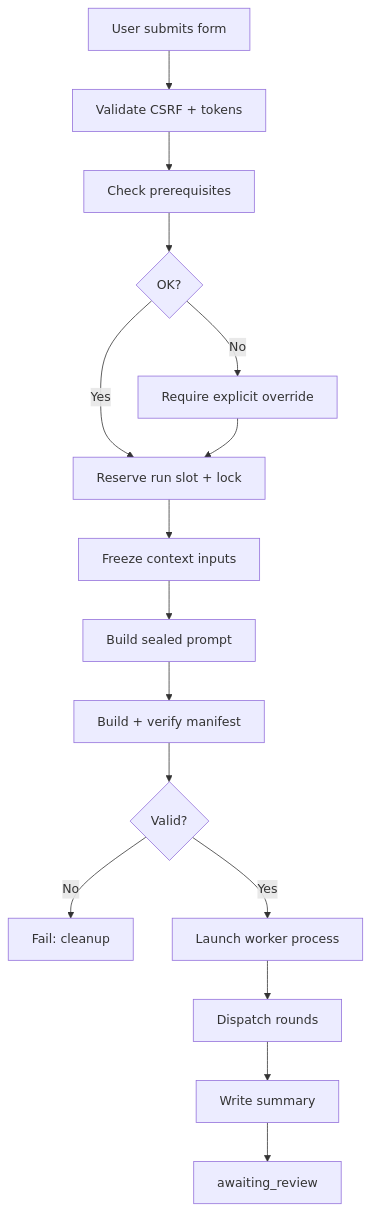
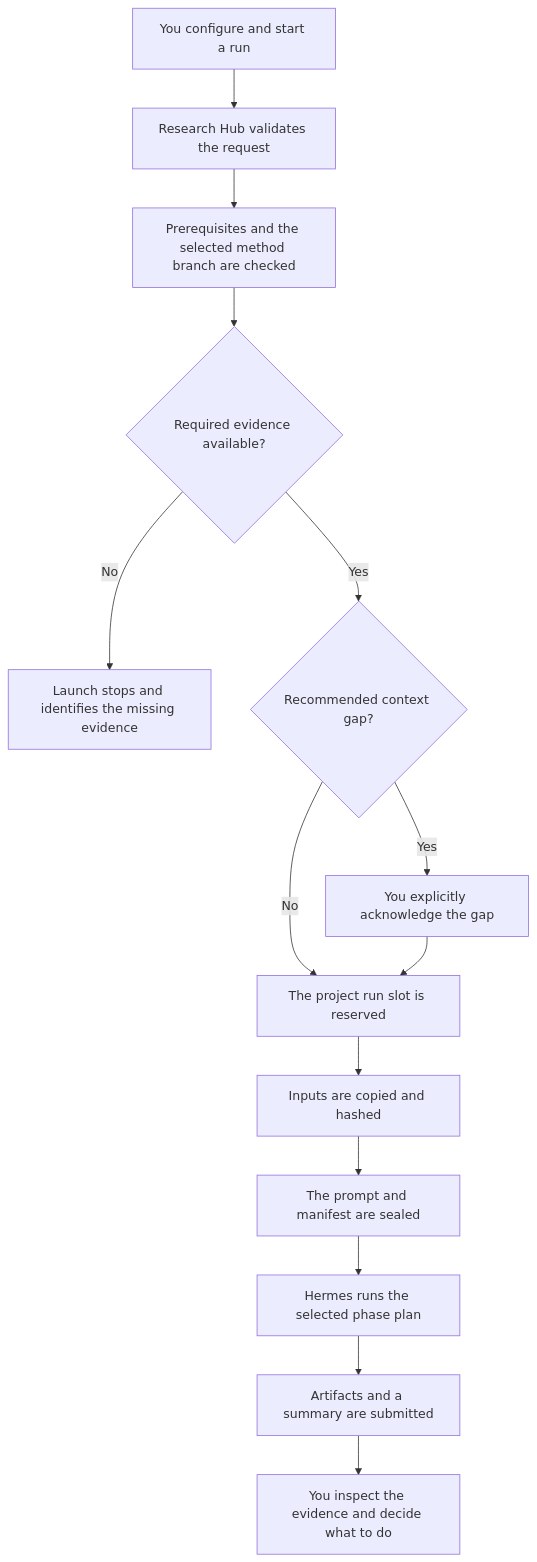
One commit to rqzhu-aide/research-hub changed the diagram in website/docs/reference/architecture.md. Above: the diagram before and after it, drawn with Mermaid. The commit also changed other lines of this file and 67 other files, not shown here.

Commit message:
feat: refine user-directed research workflows

````diff
--- a/website/docs/reference/architecture.md
+++ b/website/docs/reference/architecture.md
@@ -69,18 +31,16 @@
 ```mermaid
 flowchart TD
-    A[User submits form] --> B[Validate CSRF + tokens]
-    B --> C[Check prerequisites]
-    C --> D{OK?}
-    D -- No --> E[Require explicit override]
-    D -- Yes --> F[Reserve run slot + lock]
-    E --> F
-    F --> G[Freeze context inputs]
-    G --> H[Build sealed prompt]
-    H --> I[Build + verify manifest]
-    I --> J{Valid?}
-    J -- No --> K[Fail: cleanup]
-    J -- Yes --> L[Launch worker process]
-    L --> M[Dispatch rounds]
-    M --> N[Write summary]
-    N --> O[awaiting_review]
+    A[You configure and start a run] --> B[Research Hub validates the request]
+    B --> C[Prerequisites and the selected method branch are checked]
+    C --> D{Required evidence available?}
+    D -- No --> E[Launch stops and identifies the missing evidence]
+    D -- Yes --> F{Recommended context gap?}
+    F -- Yes --> G[You explicitly acknowledge the gap]
+    F -- No --> H[The project run slot is reserved]
+    G --> H
+    H --> I[Inputs are copied and hashed]
+    I --> J[The prompt and manifest are sealed]
+    J --> K[Hermes runs the selected phase plan]
+    K --> L[Artifacts and a summary are submitted]
+    L --> M[You inspect the evidence and decide what to do]
 ```
````
